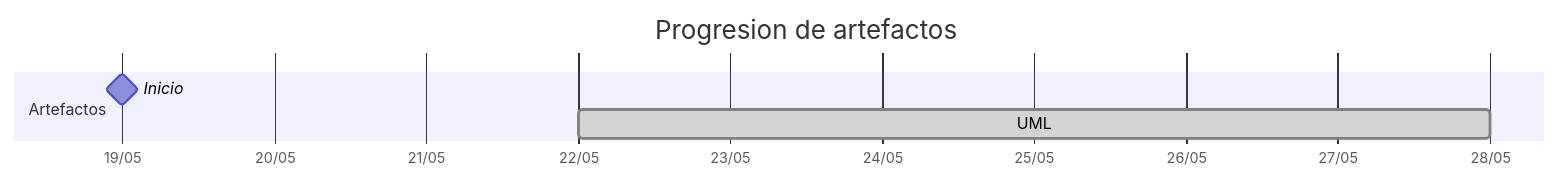
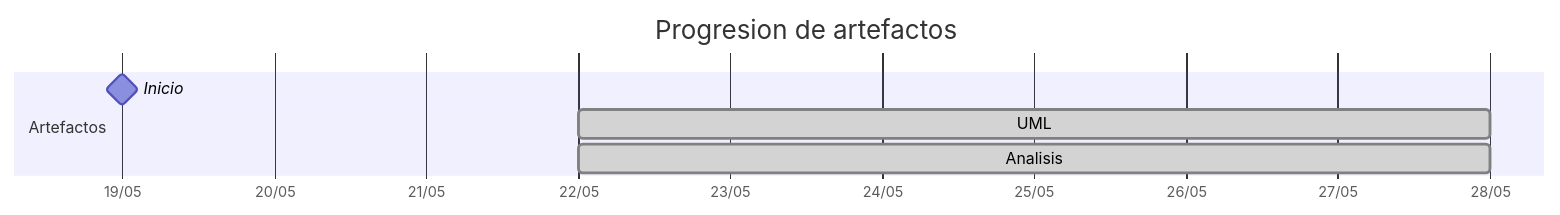
Before and after one commit to carlos-alvarado-25/25-26-idsw2-sdVC: the diagram in TIMELINES/31Diego.md, drawn with Mermaid. The commit also changed other lines of this file and 6 other files, not shown here.

````diff
--- a/TIMELINES/31Diego.md
+++ b/TIMELINES/31Diego.md
@@ -15,9 +15,10 @@
 ```mermaid
 gantt
     title Progresion de artefactos
     dateFormat YYYY-MM-DD
     axisFormat %d/%m
     section Artefactos
         Inicio       :milestone, 2026-05-19, 0d
         UML          :done, 2026-05-22, 2026-05-28
+        Analisis     :done, 2026-05-22, 2026-05-28
 ```
````
